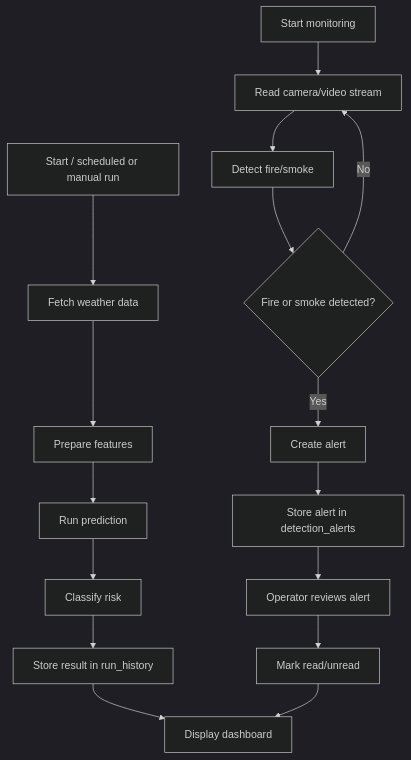
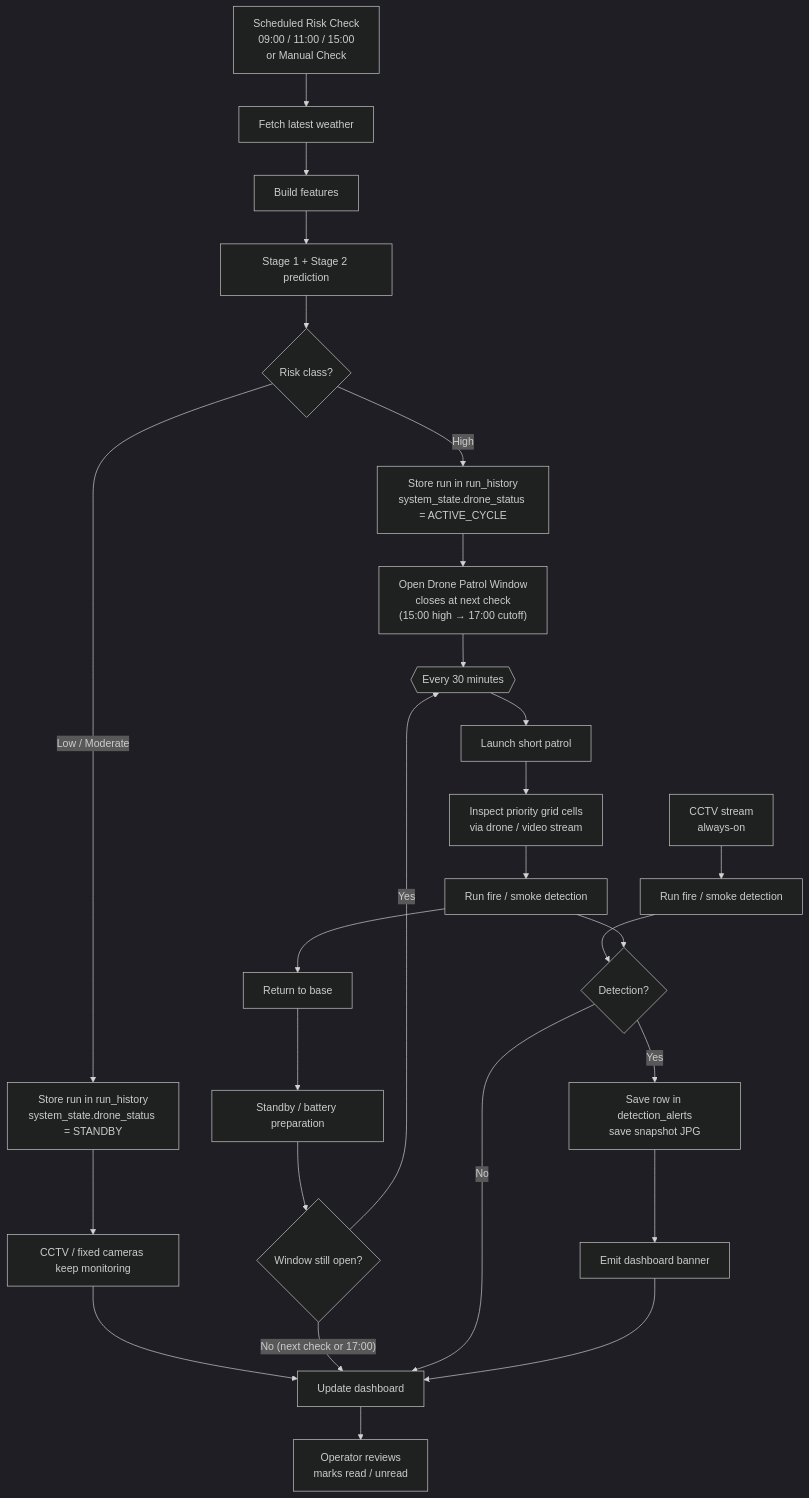
One commit to m0hanad172/karabuk-fwi-ml-option-3 changed the diagram in docs/diagrams/workflow_diagram.mmd. Above: the diagram before and after it, drawn with Mermaid (dark theme). The commit also changed 3 other files, not shown here.

First line of the commit message:
docs(diagrams): update operational workflow and ERD diagrams

```diff
--- a/docs/diagrams/workflow_diagram.mmd
+++ b/docs/diagrams/workflow_diagram.mmd
@@ -1,17 +1,36 @@
+%% FireWatch — operational workflow
+%% A scheduled risk check decides whether the drone patrol cycle
+%% runs. CCTV detection runs always; drone patrol is risk-triggered.
+
 flowchart TD
-    start["Start / scheduled or manual run"] --> fetch["Fetch weather data"]
-    fetch --> prepare["Prepare features"]
-    prepare --> predict["Run prediction"]
-    predict --> classify["Classify risk"]
-    classify --> store_run["Store result in run_history"]
-    store_run --> show_dashboard["Display dashboard"]
+    start["Scheduled Risk Check<br/>09:00 / 11:00 / 15:00<br/>or Manual Check"] --> fetch["Fetch latest weather"]
+    fetch --> features["Build features"]
+    features --> predict["Stage 1 + Stage 2 prediction"]
+    predict --> classify{"Risk class?"}
 
-    monitor_start["Start monitoring"] --> stream["Read camera/video stream"]
-    stream --> detect["Detect fire/smoke"]
-    detect --> decision{"Fire or smoke detected?"}
-    decision -- "No" --> stream
-    decision -- "Yes" --> alert["Create alert"]
-    alert --> store_alert["Store alert in detection_alerts"]
-    store_alert --> review["Operator reviews alert"]
-    review --> read_state["Mark read/unread"]
-    read_state --> show_dashboard
+    classify -- "Low / Moderate" --> store_low["Store run in run_history<br/>system_state.drone_status = STANDBY"]
+    store_low --> cctv_only["CCTV / fixed cameras keep monitoring"]
+    cctv_only --> show["Update dashboard"]
+
+    classify -- "High" --> store_high["Store run in run_history<br/>system_state.drone_status = ACTIVE_CYCLE"]
+    store_high --> open_window["Open Drone Patrol Window<br/>closes at next check<br/>(15:00 high → 17:00 cutoff)"]
+    open_window --> patrol_cycle{{"Every 30 minutes"}}
+
+    patrol_cycle --> launch["Launch short patrol"]
+    launch --> inspect["Inspect priority grid cells<br/>via drone / video stream"]
+    inspect --> detect_drone["Run fire / smoke detection"]
+    detect_drone --> return_base["Return to base"]
+    return_base --> standby["Standby / battery preparation"]
+    standby --> next_slot{"Window still open?"}
+    next_slot -- "Yes" --> patrol_cycle
+    next_slot -- "No (next check or 17:00)" --> show
+
+    cctv_stream["CCTV stream<br/>always-on"] --> detect_cctv["Run fire / smoke detection"]
+    detect_cctv --> alert_or_continue{"Detection?"}
+    detect_drone --> alert_or_continue
+    alert_or_continue -- "No" --> show
+    alert_or_continue -- "Yes" --> save_alert["Save row in detection_alerts<br/>save snapshot JPG"]
+    save_alert --> banner["Emit dashboard banner"]
+    banner --> show
+
+    show --> review["Operator reviews<br/>marks read / unread"]
```
